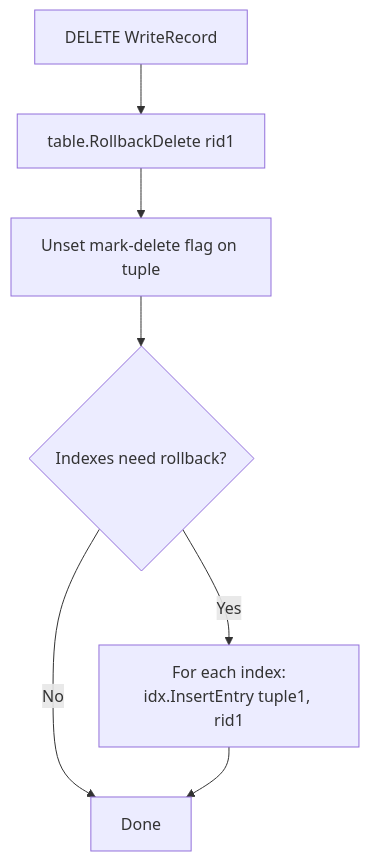
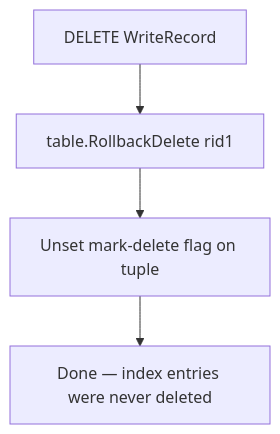
Before and after one commit to ryogrid/SamehadaDB: the first of 3 diagrams in impl_docs/about_cc/06_rollback_handling.md, drawn with Mermaid. The commit also changed other lines of this file and 14 other files, not shown here.

````diff
--- a/impl_docs/about_cc/06_rollback_handling.md
+++ b/impl_docs/about_cc/06_rollback_handling.md
@@ -34,9 +34,6 @@
 ```mermaid
 flowchart TD
     A[DELETE WriteRecord] --> B[table.RollbackDelete rid1]
     B --> C[Unset mark-delete flag on tuple]
-    C --> D{Indexes need rollback?}
-    D -->|Yes| E[For each index:<br/>idx.InsertEntry tuple1, rid1]
-    D -->|No| F[Done]
-    E --> F
+    C --> D[Done — index entries were never deleted]
 ```
````
